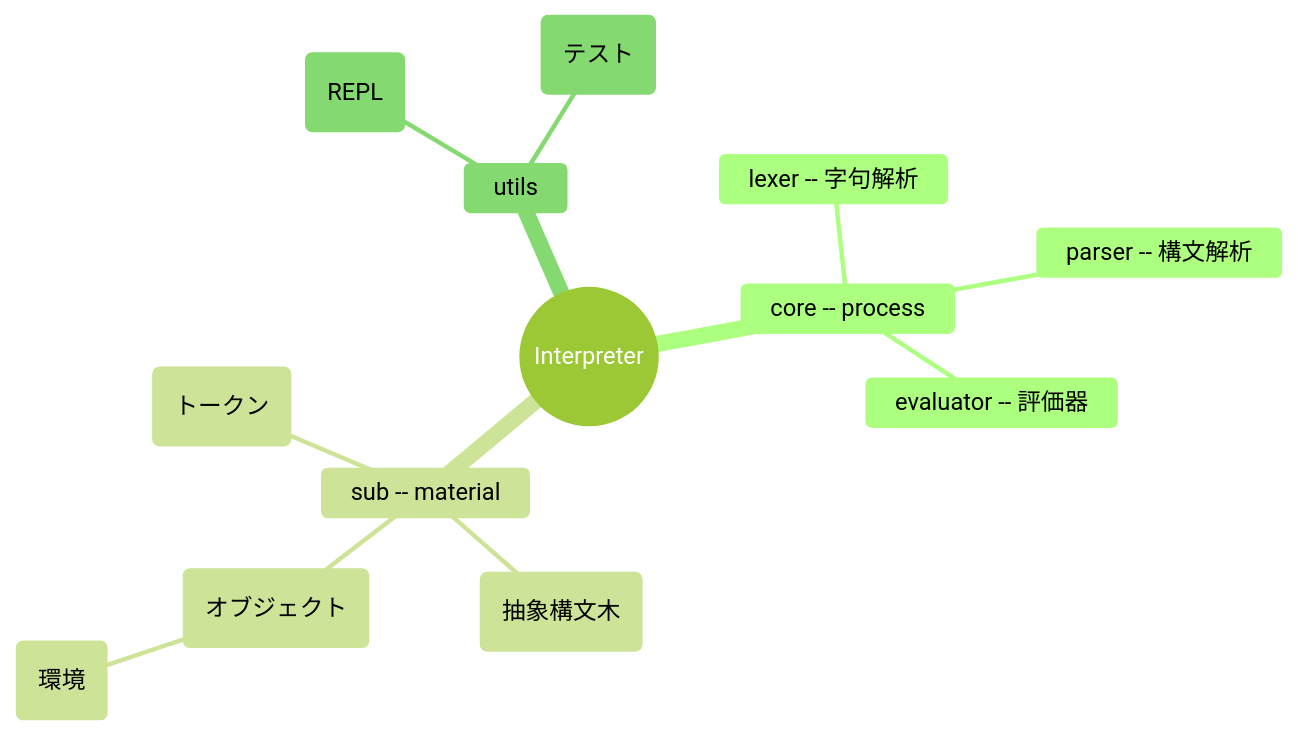
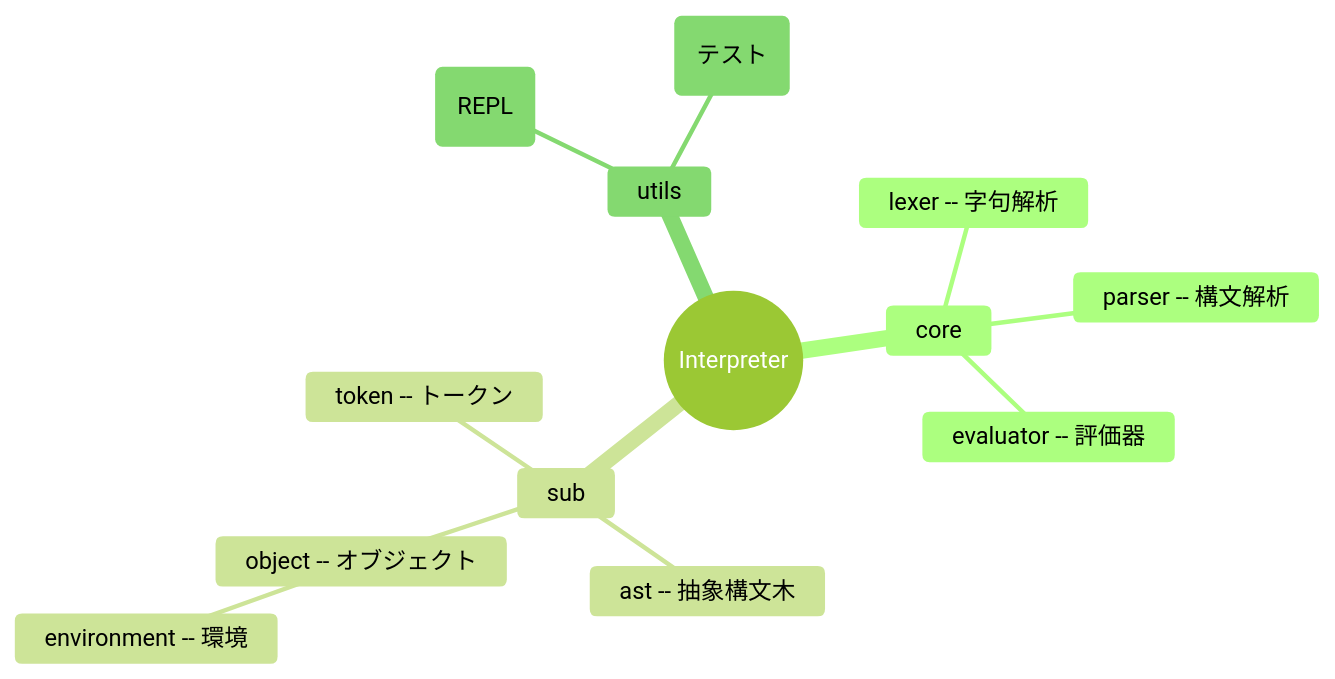
Before and after one commit to mori5321/mybook: the diagram in src/blog/ja/writing_a_interpreter_in_go.md, drawn with Mermaid (forest theme).

Commit message:
update diagram

````diff
--- a/src/blog/ja/writing_a_interpreter_in_go.md
+++ b/src/blog/ja/writing_a_interpreter_in_go.md
@@ -6,16 +6,16 @@
 ```mermaid
 mindmap
     root((Interpreter))
-        core -- process
+        core
             lexer -- 字句解析
             parser -- 構文解析 
             evaluator -- 評価器
-        sub -- material
-            token(トークン)
-            ast(抽象構文木)
-            object(オブジェクト)
-                environment(環境)
+        sub
+            token -- トークン
+            ast -- 抽象構文木
+            object -- オブジェクト
+                environment -- 環境
         utils
             repl(REPL)
             test(テスト)
 ```
````
